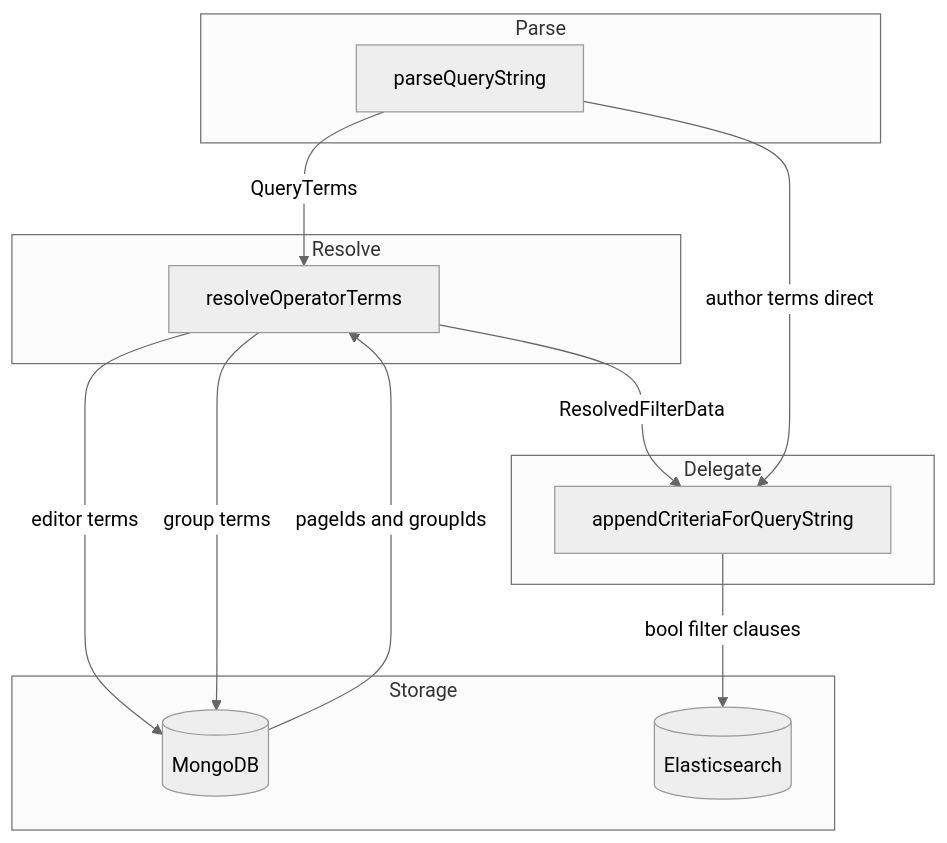
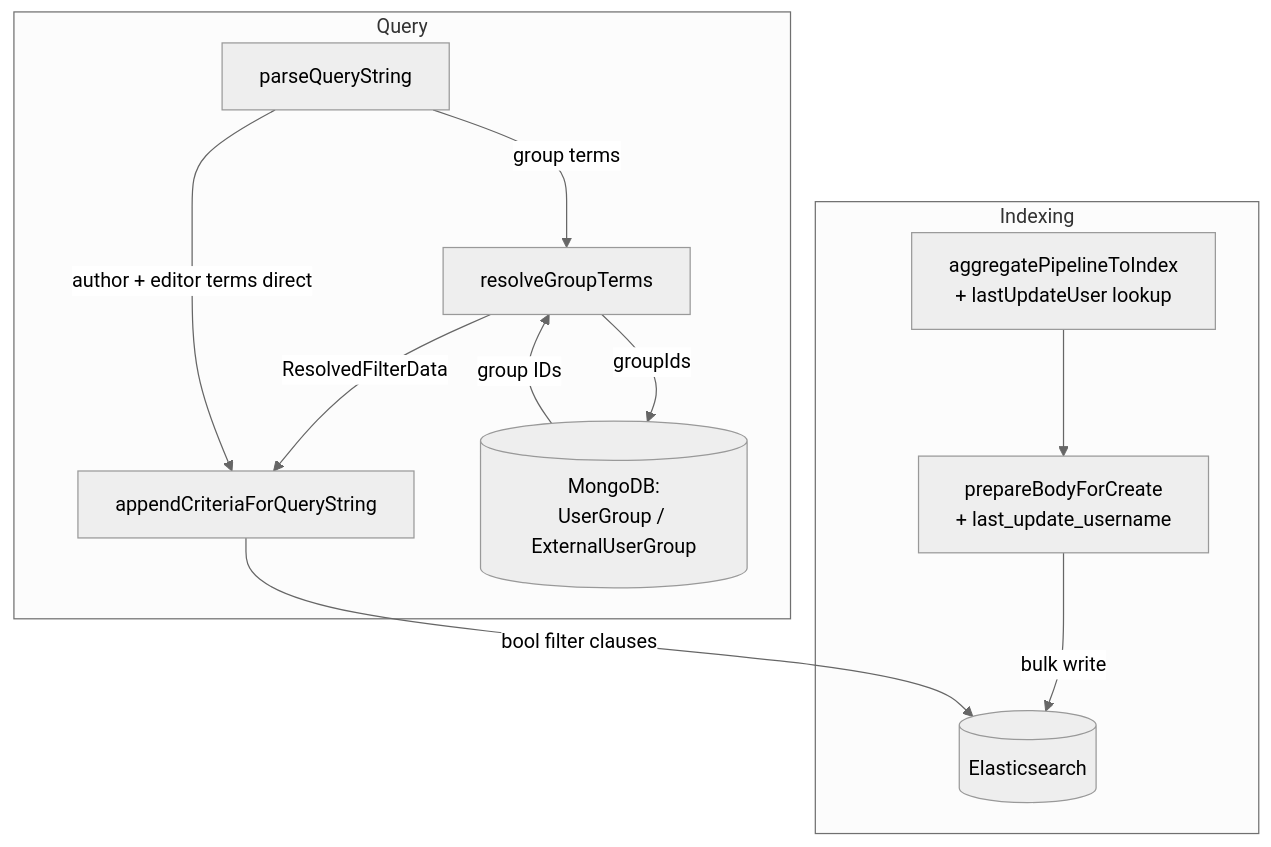
One commit to growilabs/growi changed the first of 3 diagrams in .kiro/specs/search-filters/design.md. Above: the diagram before and after it, drawn with Mermaid (neutral theme). The commit also changed other lines of this file and 7 other files, not shown here.

Commit message:
Update search filter specs to use solution where new search index is added

````diff
--- a/.kiro/specs/search-filters/design.md
+++ b/.kiro/specs/search-filters/design.md
@@ -80,24 +100,20 @@
 ```mermaid
 graph TB
-    subgraph Parse
+    subgraph Indexing
+        AG[aggregatePipelineToIndex<br/>+ lastUpdateUser lookup]
+        PB[prepareBodyForCreate<br/>+ last_update_username]
+        AG --> PB
+        PB -->|bulk write| ES
+    end
+    subgraph Query
         P[parseQueryString]
+        R[resolveGroupTerms]
+        A[appendCriteriaForQueryString]
+        P -->|group terms| R
+        R -->|groupIds| DB[(MongoDB:<br/>UserGroup / ExternalUserGroup)]
+        DB -->|group IDs| R
+        R -->|ResolvedFilterData| A
+        P -->|author + editor terms direct| A
+        A -->|bool filter clauses| ES[(Elasticsearch)]
     end
-    subgraph Resolve
-        R[resolveOperatorTerms]
-    end
-    subgraph Delegate
-        A[appendCriteriaForQueryString]
-    end
-    subgraph Storage
-        DB[(MongoDB)]
-        ES[(Elasticsearch)]
-    end
-
-    P -->|QueryTerms| R
-    R -->|editor terms| DB
-    R -->|group terms| DB
-    DB -->|pageIds and groupIds| R
-    R -->|ResolvedFilterData| A
-    P -->|author terms direct| A
-    A -->|bool filter clauses| ES
 ```
````
